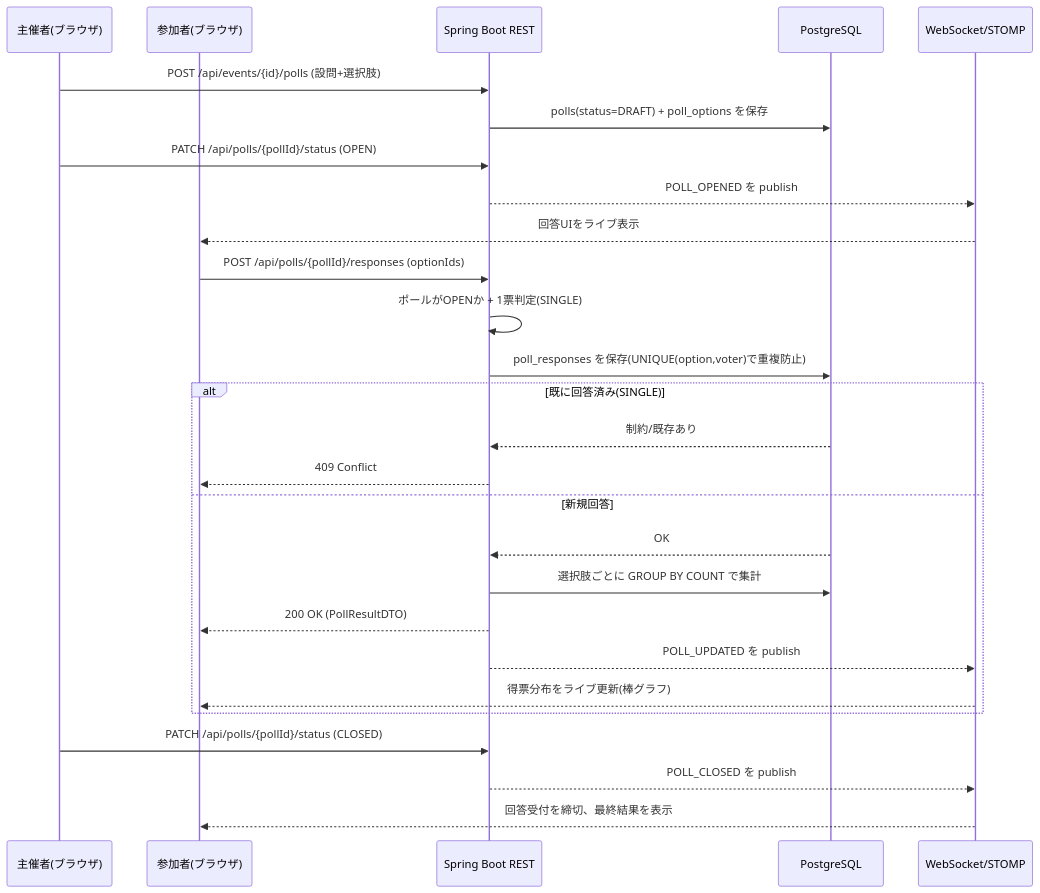
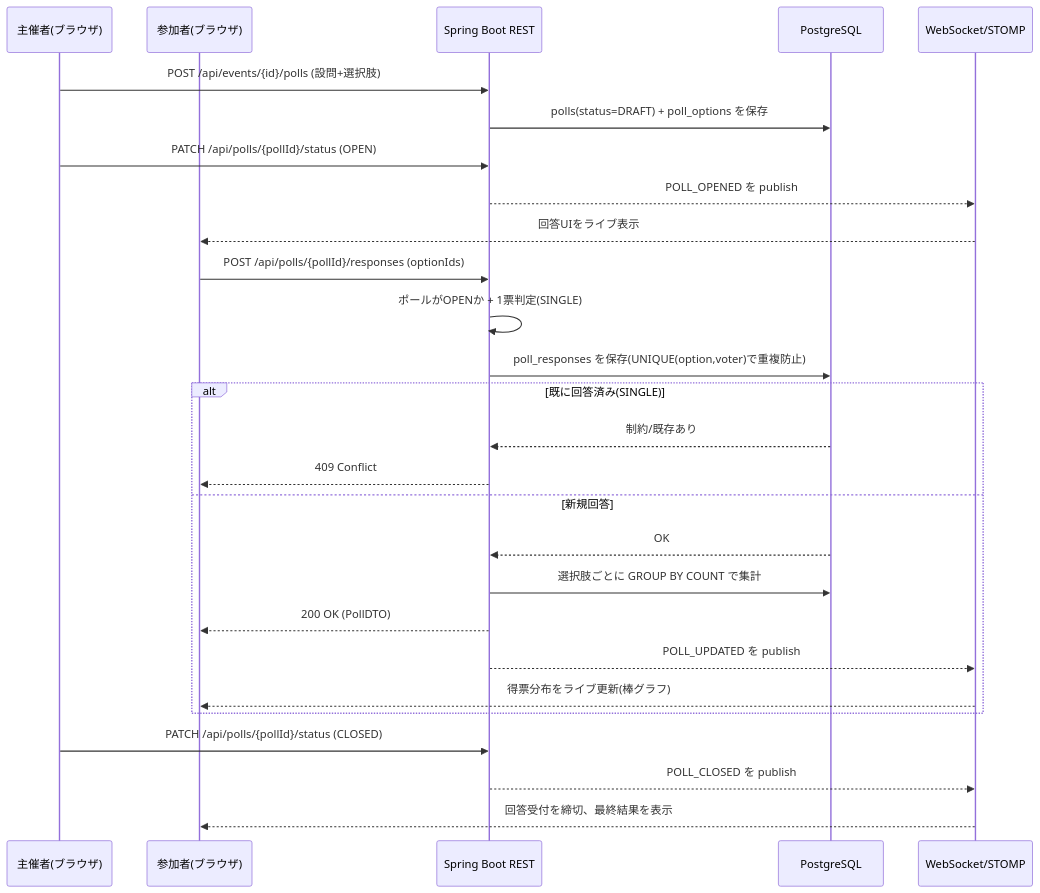
One commit to muscat2356/LiveQA-app changed the fifth of 5 diagrams in docs/design/websocket-sequence.md. Above: the diagram before and after it, drawn with Mermaid. The commit also changed 13 other files, not shown here.

````diff
--- a/docs/design/websocket-sequence.md
+++ b/docs/design/websocket-sequence.md
@@ -141,32 +141,32 @@
 ```mermaid
 sequenceDiagram
     participant H as 主催者(ブラウザ)
     participant P as 参加者(ブラウザ)
     participant API as Spring Boot REST
     participant DB as PostgreSQL
     participant WS as WebSocket/STOMP
 
     H->>API: POST /api/events/{id}/polls (設問+選択肢)
     API->>DB: polls(status=DRAFT) + poll_options を保存
     H->>API: PATCH /api/polls/{pollId}/status (OPEN)
     API-->>WS: POLL_OPENED を publish
     WS-->>P: 回答UIをライブ表示
 
     P->>API: POST /api/polls/{pollId}/responses (optionIds)
     API->>API: ポールがOPENか + 1票判定(SINGLE)
     API->>DB: poll_responses を保存(UNIQUE(option,voter)で重複防止)
     alt 既に回答済み(SINGLE)
         DB-->>API: 制約/既存あり
         API-->>P: 409 Conflict
     else 新規回答
         DB-->>API: OK
         API->>DB: 選択肢ごとに GROUP BY COUNT で集計
-        API-->>P: 200 OK (PollResultDTO)
+        API-->>P: 200 OK (PollDTO)
         API-->>WS: POLL_UPDATED を publish
         WS-->>P: 得票分布をライブ更新(棒グラフ)
     end
 
     H->>API: PATCH /api/polls/{pollId}/status (CLOSED)
     API-->>WS: POLL_CLOSED を publish
     WS-->>P: 回答受付を締切、最終結果を表示
 ```
````
